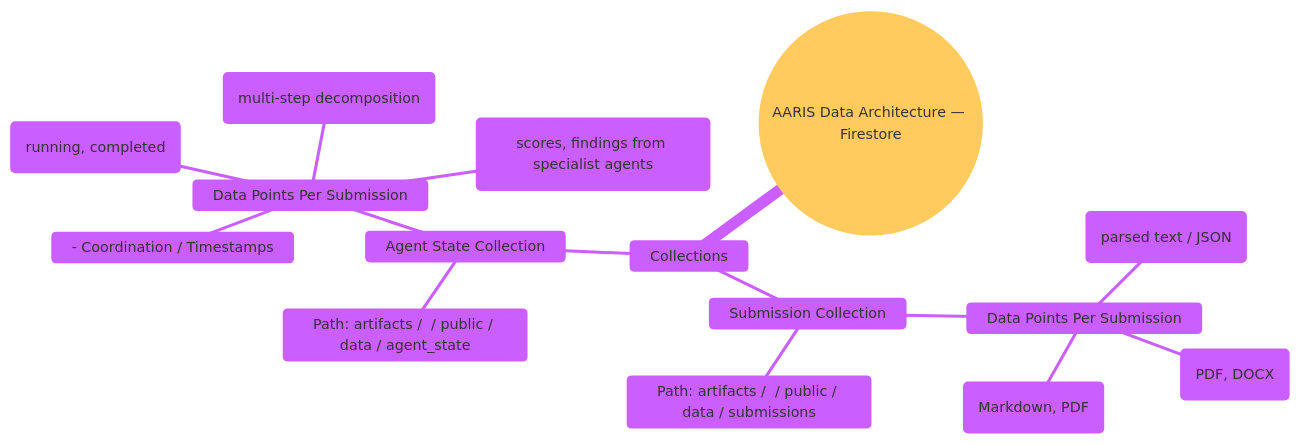
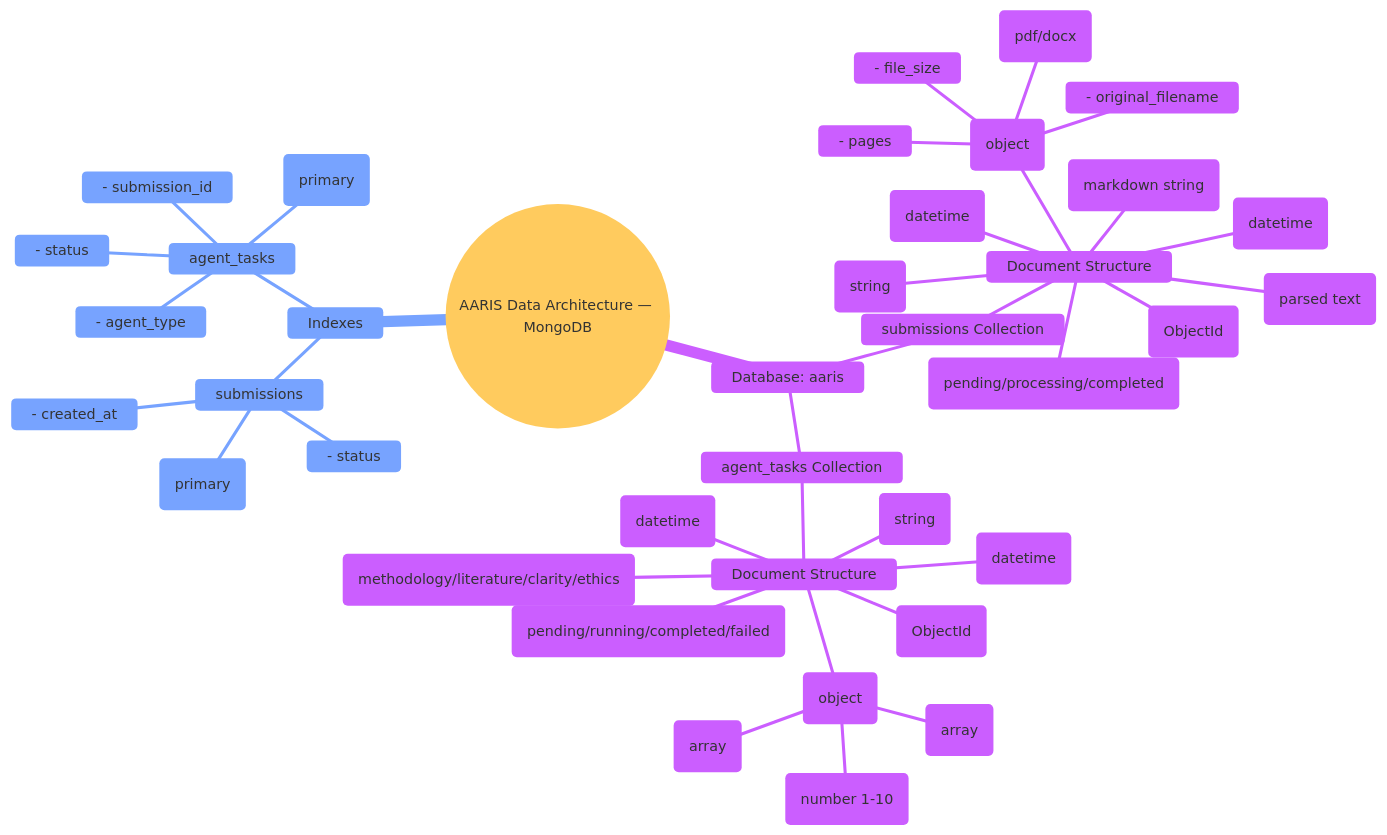
Before and after one commit to BashyPy/academic_journal_reviewer: the diagram in diagrams/data architecture.mmd, drawn with Mermaid. The commit also changed 13 other files, not shown here.

```diff
--- a/diagrams/data architecture.mmd
+++ b/diagrams/data architecture.mmd
@@ -1,20 +1,43 @@
 %%{init: {
   'theme': 'base',
   'themeVariables': { 'fontFamily': 'Inter, Arial, sans-serif', 'fontSize': '14px' }
 }}%%
 mindmap
-    root((AARIS Data Architecture — Firestore))
-        Collections
-            Submission Collection
-                Path: artifacts / <appId> / public / data / submissions
-                Data Points Per Submission
-                    - Manuscript Content (parsed text / JSON)
-                    - Original File Metadata (PDF, DOCX)
-                    - Final Review Report (Markdown, PDF)
-            Agent State Collection
-                Path: artifacts / <appId> / public / data / agent_state
-                Data Points Per Submission
-                    - Orchestrator Plan (multi-step decomposition)
-                    - Agent Status (running, completed)
-                    - Agent Critique Objects (scores, findings from specialist agents)
-                    - Coordination / Timestamps
+    root((AARIS Data Architecture — MongoDB))
+        Database: aaris
+            submissions Collection
+                Document Structure
+                    - _id (ObjectId)
+                    - title (string)
+                    - content (parsed text)
+                    - file_metadata (object)
+                        - original_filename
+                        - file_size
+                        - file_type (pdf/docx)
+                        - pages
+                    - status (pending/processing/completed)
+                    - final_report (markdown string)
+                    - created_at (datetime)
+                    - completed_at (datetime)
+            agent_tasks Collection
+                Document Structure
+                    - _id (ObjectId)
+                    - submission_id (string)
+                    - agent_type (methodology/literature/clarity/ethics)
+                    - status (pending/running/completed/failed)
+                    - critique (object)
+                        - score (number 1-10)
+                        - findings (array)
+                        - highlights (array)
+                    - created_at (datetime)
+                    - completed_at (datetime)
+        Indexes
+            submissions
+                - _id (primary)
+                - status
+                - created_at
+            agent_tasks
+                - _id (primary)
+                - submission_id
+                - agent_type
+                - status
```
